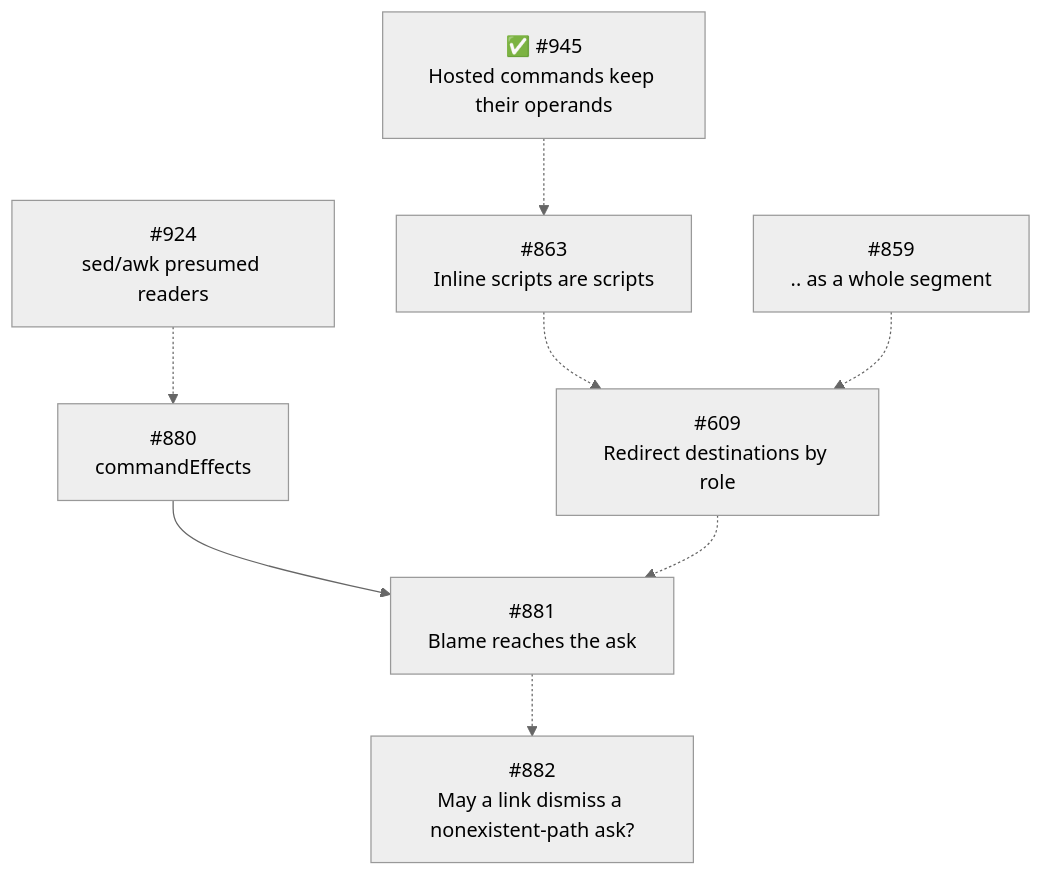
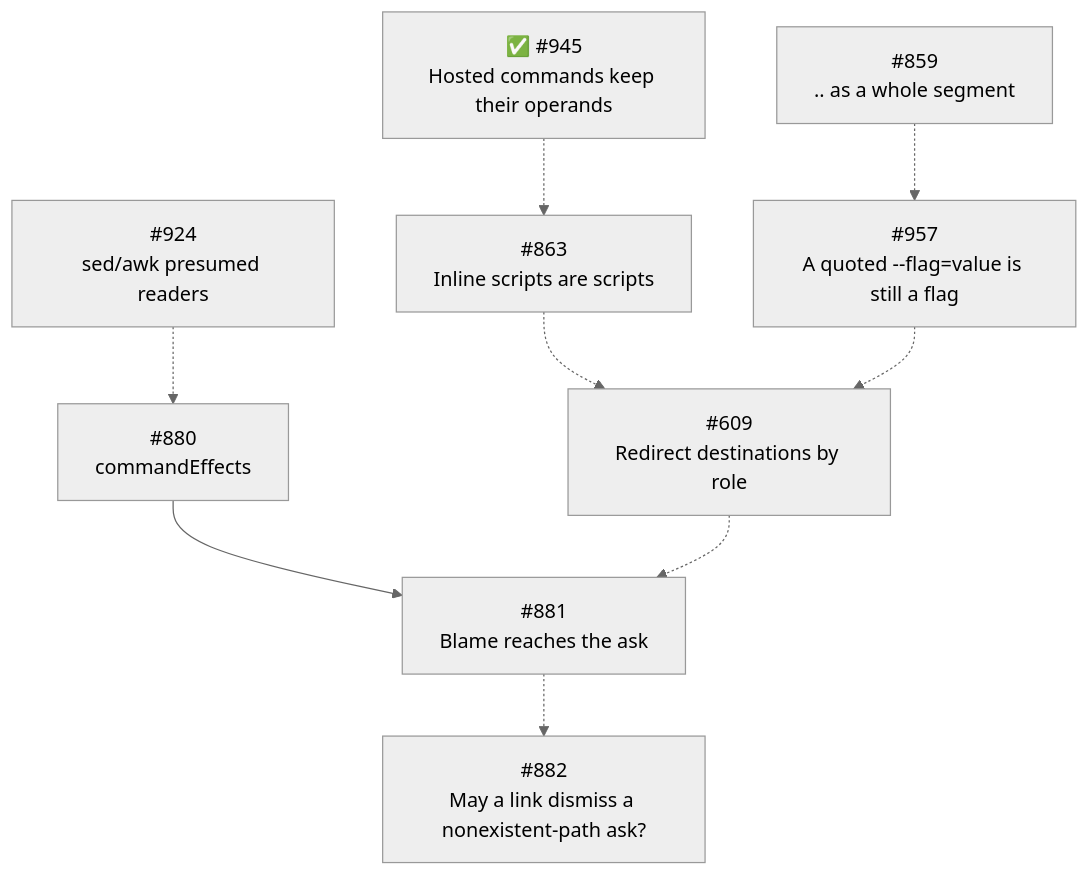
The fourth of 4 diagrams in packages/pi-permission-system/docs/architecture/architecture.md (Jopqior/gotgenes-pi-packages), drawn with Mermaid (neutral theme) before and after one commit. The commit also changed other lines of this file, not shown here.

````diff
--- a/packages/pi-permission-system/docs/architecture/architecture.md
+++ b/packages/pi-permission-system/docs/architecture/architecture.md
@@ -1412,10 +1429,11 @@
 ```mermaid
 flowchart TD
     S945["✅ #945<br/>Hosted commands keep their operands"] -.-> S863["#863<br/>Inline scripts are scripts"]
     S863 -.-> S609["#609<br/>Redirect destinations by role"]
-    S859["#859<br/>.. as a whole segment"] -.-> S609
+    S859["#859<br/>.. as a whole segment"] -.-> S957["#957<br/>A quoted --flag=value is still a flag"]
+    S957 -.-> S609
     S924["#924<br/>sed/awk presumed readers"] -.-> S880["#880<br/>commandEffects"]
     S880 --> S881["#881<br/>Blame reaches the ask"]
     S609 -.-> S881
     S881 -.-> S882["#882<br/>May a link dismiss a nonexistent-path ask?"]
 ```
````
